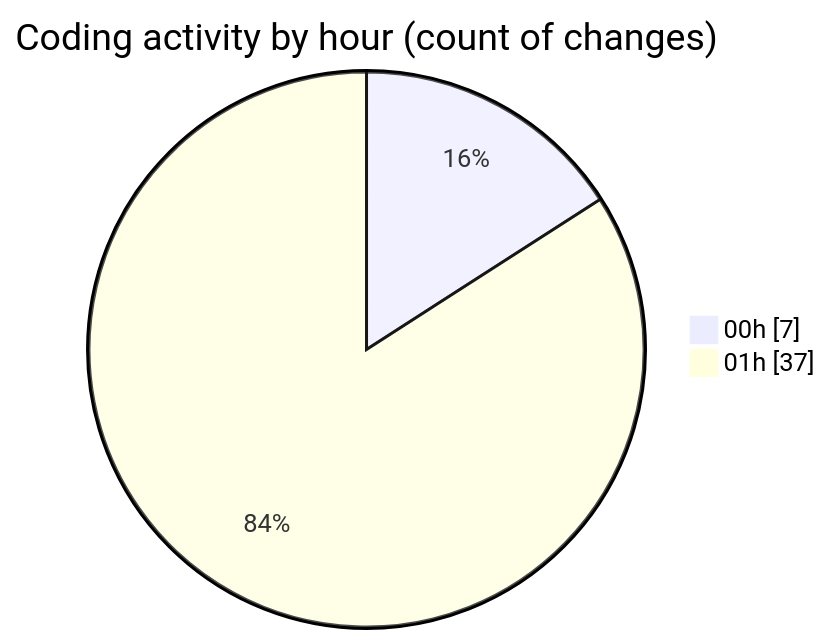
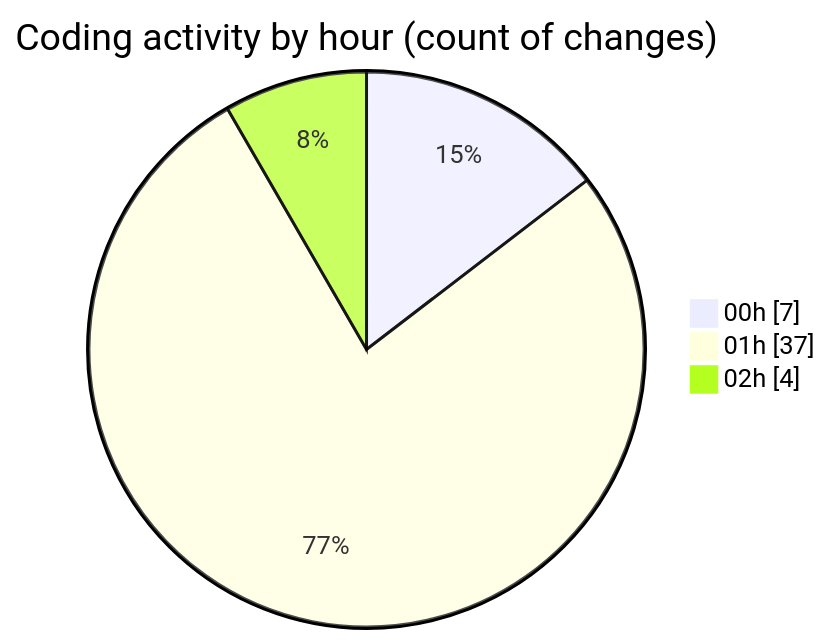
Before and after one commit to charlie-sans/code-tracking: the second of 2 diagrams in 2025-02-23/micros/README.md, drawn with Mermaid. The commit also changed other lines of this file and 1 other file, not shown here.

````diff
--- a/2025-02-23/micros/README.md
+++ b/2025-02-23/micros/README.md
@@ -37,6 +40,7 @@
 ```mermaid
 pie showData
 title Coding activity by hour (count of changes)
 "00h" : 7
 "01h" : 37
+"02h" : 4
 ```
````
